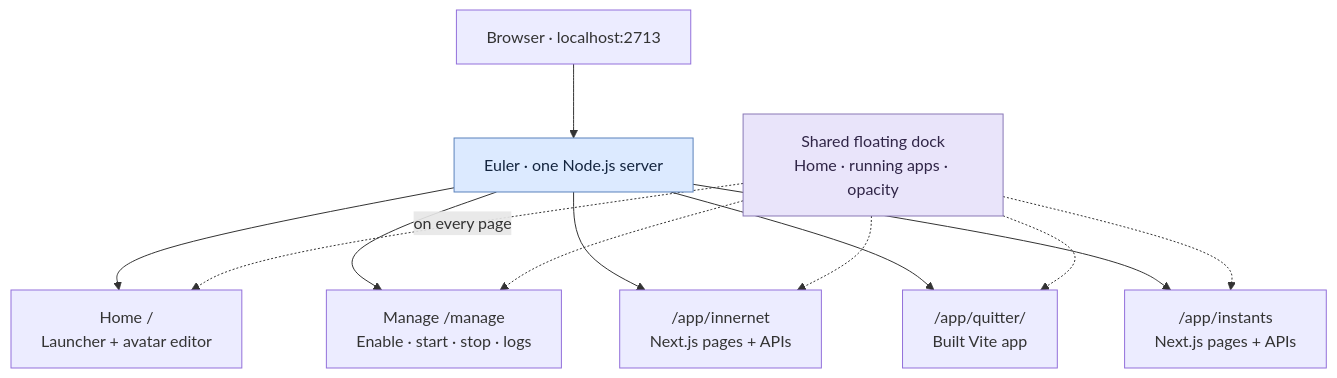
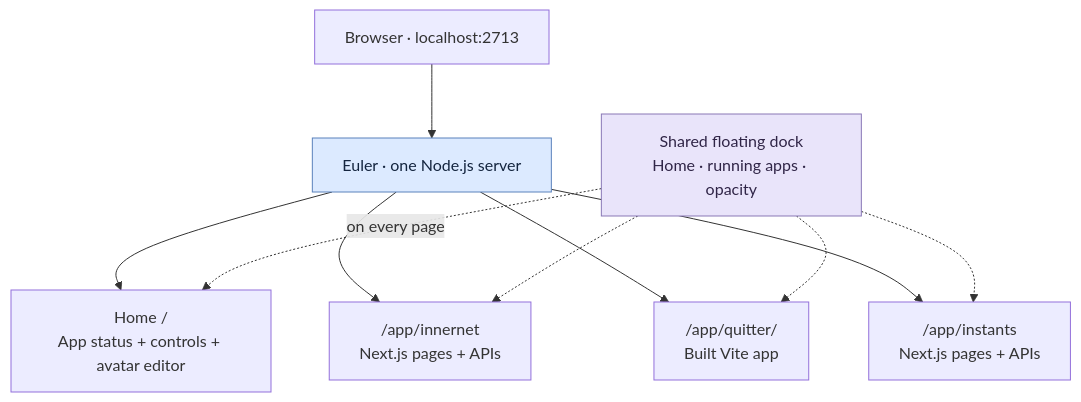
One commit to quirq-ai/euler changed the diagram in README.md. Above: the diagram before and after it, drawn with Mermaid. The commit also changed other lines of this file and 16 other files, not shown here.

Commit message:
Unify Euler Home with app status and management controls

````diff
--- a/README.md
+++ b/README.md
@@ -45,16 +45,14 @@
 ```mermaid
 flowchart TB
     Browser["Browser · localhost:2713"] --> Euler["Euler · one Node.js server"]
-    Euler --> Home["Home /<br/>Launcher + avatar editor"]
-    Euler --> Manage["Manage /manage<br/>Enable · start · stop · logs"]
+    Euler --> Home["Home /<br/>App status + controls + avatar editor"]
     Euler --> Innernet["/app/innernet<br/>Next.js pages + APIs"]
     Euler --> Quitter["/app/quitter/<br/>Built Vite app"]
     Euler --> Instants["/app/instants<br/>Next.js pages + APIs"]
     Dock["Shared floating dock<br/>Home · running apps · opacity"] -. "on every page" .-> Home
-    Dock -.-> Manage
     Dock -.-> Innernet
     Dock -.-> Quitter
     Dock -.-> Instants
     style Euler fill:#dceaff,stroke:#5b82bc,color:#14253f
     style Dock fill:#e9e4fa,stroke:#8978b6,color:#302547
 ```
````
